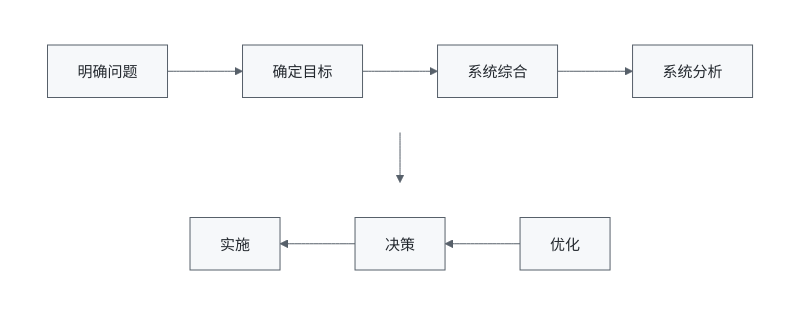
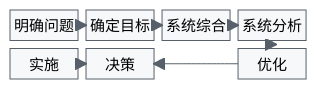
Before and after one commit to 74262195/system-architect-notes: the fourth of 7 diagrams in 01_综合知识/02_系统工程与信息系统基础/02_系统工程方法/霍尔三维结构.md, drawn with Mermaid. The commit also changed other lines of this file and 2 other files, not shown here.

Commit message:
fix: 修正霍尔三维结构流程图排版

````diff
--- a/01_综合知识/02_系统工程与信息系统基础/02_系统工程方法/霍尔三维结构.md
+++ b/01_综合知识/02_系统工程与信息系统基础/02_系统工程方法/霍尔三维结构.md
@@ -309,16 +282,14 @@
 ```mermaid
 %%{init: {"theme":"base","themeVariables":{"fontSize":"15px","primaryColor":"#f6f8fa","primaryTextColor":"#24292f","primaryBorderColor":"#57606a","lineColor":"#57606a","secondaryColor":"#ffffff","tertiaryColor":"#ffffff","edgeLabelBackground":"#ffffff"}}}%%
-flowchart TB
-    subgraph row1[" "]
-        direction LR
-        A["明确问题"] --> B["确定目标"] --> C["系统综合"] --> D["系统分析"]
-    end
-    subgraph row2[" "]
-        direction RL
-        E["优化"] --> F["决策"] --> G["实施"]
-    end
-    row1 --> row2
+block-beta
+    columns 4
+    A["明确问题"] B["确定目标"] C["系统综合"] D["系统分析"]
+    G["实施"] F["决策"] space E["优化"]
 
-    style row1 fill:transparent,stroke:transparent
-    style row2 fill:transparent,stroke:transparent
+    A --> B
+    B --> C
+    C --> D
+    D --> E
+    E --> F
+    F --> G
 ```
````
